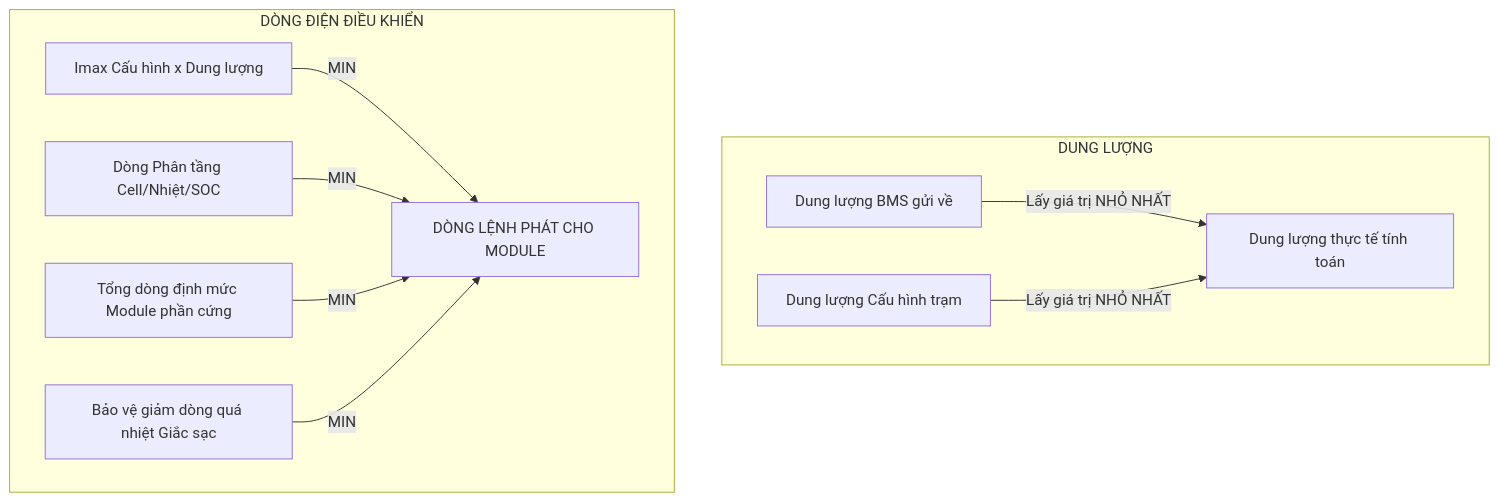
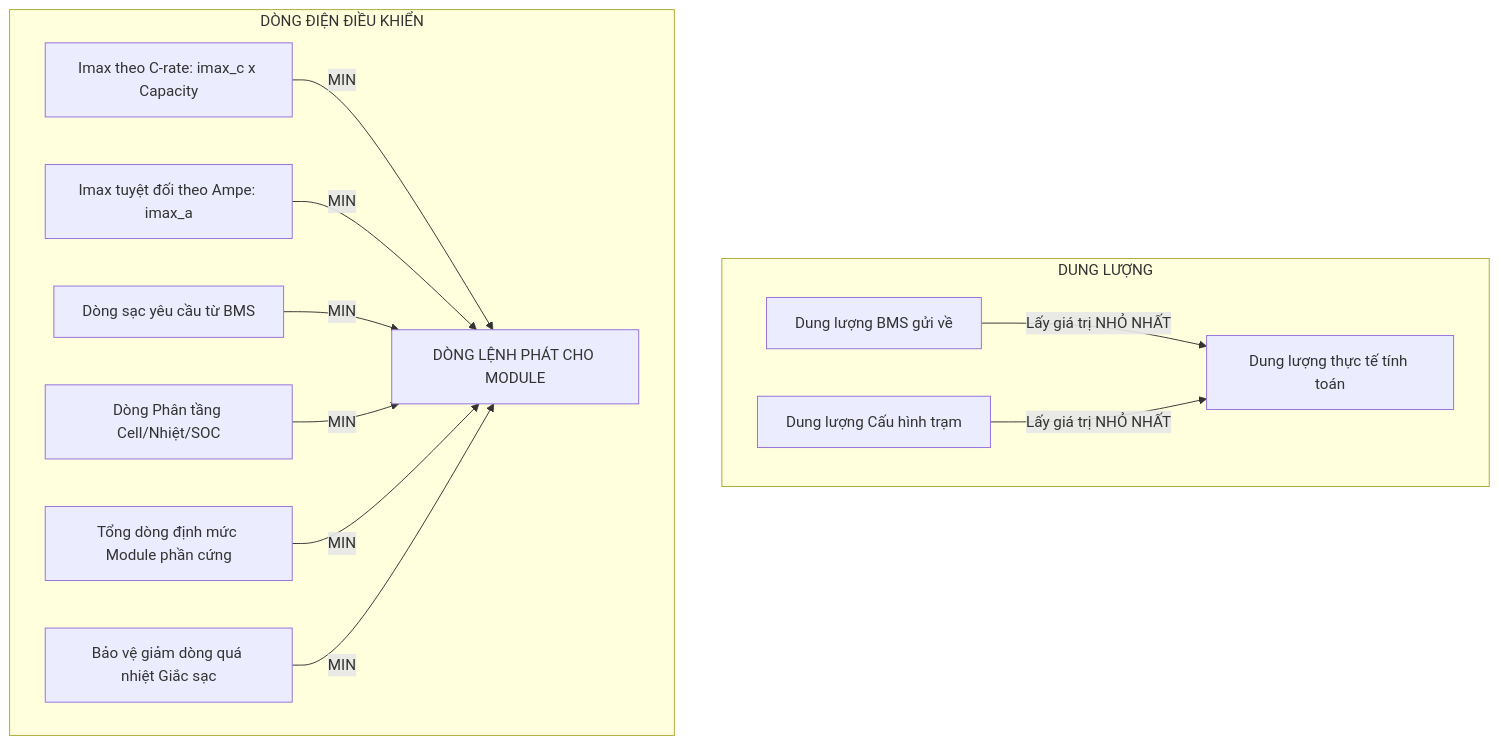
One commit to hoanv-synaptix/Charger changed the first of 3 diagrams in docs/TAI_LIEU_KY_THUAT_THONG_SO_VA_LOGIC_SAC.md. Above: the diagram before and after it, drawn with Mermaid. The commit also changed other lines of this file and 8 other files, not shown here.

Commit message:
docs: sync architecture, SRS, parameters, and precharge logic; release V2.0.3

````diff
--- a/docs/TAI_LIEU_KY_THUAT_THONG_SO_VA_LOGIC_SAC.md
+++ b/docs/TAI_LIEU_KY_THUAT_THONG_SO_VA_LOGIC_SAC.md
@@ -178,23 +179,27 @@
 ```mermaid
 flowchart TD
     subgraph DUNG LƯỢNG
         C1[Dung lượng BMS gửi về]
         C2[Dung lượng Cấu hình trạm]
         CAP[Dung lượng thực tế tính toán]
         C1 -->|Lấy giá trị NHỎ NHẤT| CAP
         C2 -->|Lấy giá trị NHỎ NHẤT| CAP
     end
 
     subgraph DÒNG ĐIỆN ĐIỀU KHIỂN
-        I_MAX[Imax Cấu hình x Dung lượng]
+        I_MAX_C[Imax theo C-rate: imax_c x Capacity]
+        I_MAX_A[Imax tuyệt đối theo Ampe: imax_a]
+        I_BMS[Dòng sạc yêu cầu từ BMS]
         I_STAGE[Dòng Phân tầng Cell/Nhiệt/SOC]
         I_HW[Tổng dòng định mức Module phần cứng]
         I_DERATE[Bảo vệ giảm dòng quá nhiệt Giắc sạc]
         I_TGT[DÒNG LỆNH PHÁT CHO MODULE]
 
-        I_MAX -->|MIN| I_TGT
+        I_MAX_C -->|MIN| I_TGT
+        I_MAX_A -->|MIN| I_TGT
+        I_BMS -->|MIN| I_TGT
         I_STAGE -->|MIN| I_TGT
         I_HW -->|MIN| I_TGT
         I_DERATE -->|MIN| I_TGT
     end
 ```
````
